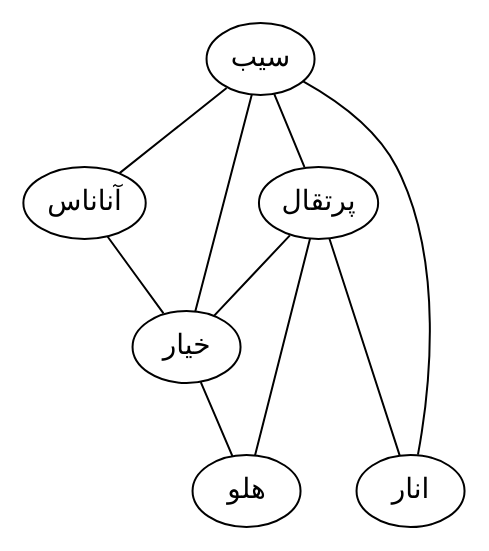
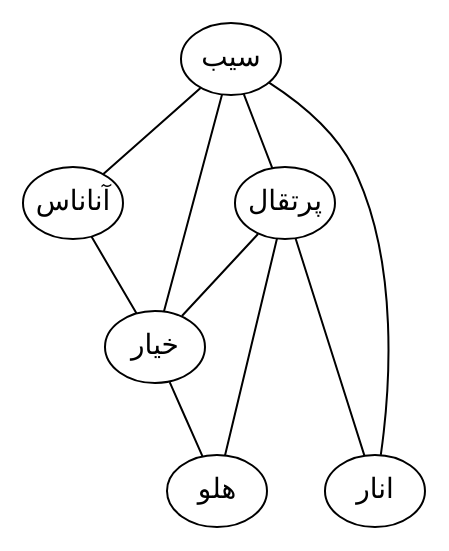
The diagram in dot/Apple_Pineapple.dot (shaazzz/GTOI), drawn with Graphviz before and after one commit. The commit also changed 3 other files, not shown here.

Commit message:
Modified Some Graphviz Files

```diff
--- a/dot/Apple_Pineapple.dot
+++ b/dot/Apple_Pineapple.dot
@@ -1,16 +1,23 @@
 graph G {
+    node [fixedsize=true, shape=oval, width=0.7];
 
-    سیب -- آناناس;
-    آناناس -- خیار;
-    سیب -- خیار;
-    خیار -- پرتقال;
-    سیب -- پرتقال;
-    سیب -- انار;
-    پرتقال -- انار;
-    پرتقال -- هلو;
-    خیار -- هلو;
+    A [label=سیب]
+    B [label=آناناس]
+    C [label=خیار]
+    D [label=پرتقال]
+    E [label=انار]
+    F [label=هلو]
 
-    {rank=same; پرتقال, آناناس}
-    {rank=same; هلو, انار}
+    A -- B;
+    B -- C;
+    A -- C;
+    C -- D;
+    A -- D;
+    A -- E;
+    D -- E;
+    D -- F;
+    C -- F;
 
+    {rank=same; D, B}
+    {rank=same; F, E}
 }
```
